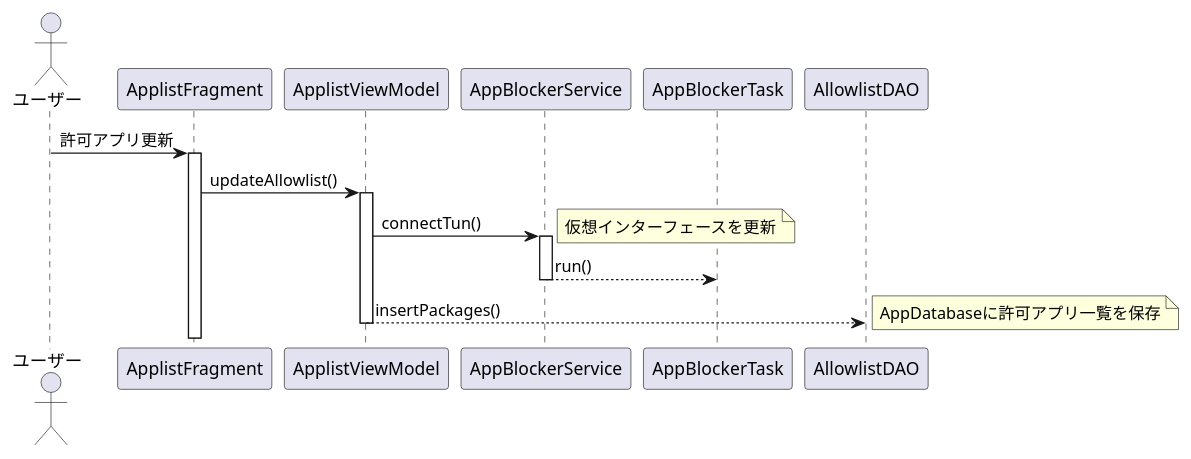
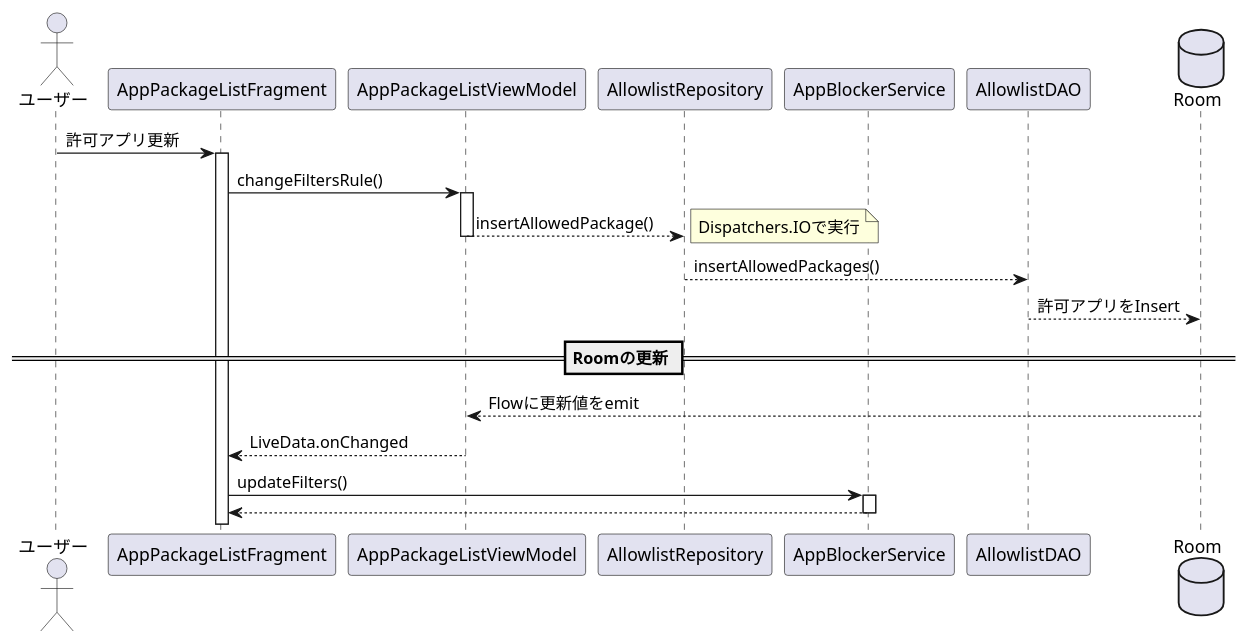
Before and after one commit to CASL0/simple_app_blocker: the first of 2 diagrams in docs/sequence.md, drawn with PlantUML. The commit also changed other lines of this file, not shown here.

Commit message:
シーケンス図を更新

````diff
--- a/docs/sequence.md
+++ b/docs/sequence.md
@@ -5,18 +5,23 @@
 ```plantuml
 @startuml
 autoactivate on
 actor ユーザー as user
-participant ApplistFragment
-participant ApplistViewModel
+participant AppPackageListFragment
+participant AppPackageListViewModel
+participant AllowlistRepository
 participant AppBlockerService
-participant AppBlockerTask
 participant AllowlistDAO
-user -> ApplistFragment : 許可アプリ更新
-ApplistFragment -> ApplistViewModel : updateAllowlist()
-ApplistViewModel -> AppBlockerService : connectTun()
-note right : 仮想インターフェースを更新
-AppBlockerService --> AppBlockerTask : run()
-ApplistViewModel --> AllowlistDAO : insertPackages()
-note right : AppDatabaseに許可アプリ一覧を保存
+database Room
+user -> AppPackageListFragment : 許可アプリ更新
+AppPackageListFragment -> AppPackageListViewModel : changeFiltersRule()
+AppPackageListViewModel --> AllowlistRepository : insertAllowedPackage()
+note right : Dispatchers.IOで実行
+AllowlistRepository --> AllowlistDAO : insertAllowedPackages()
+AllowlistDAO --> Room : 許可アプリをInsert
+== Roomの更新 ==
+AppPackageListViewModel <-- Room : Flowに更新値をemit
+AppPackageListFragment <-- AppPackageListViewModel : LiveData.onChanged
+AppPackageListFragment -> AppBlockerService : updateFilters()
+return
 @enduml
 ```
````
